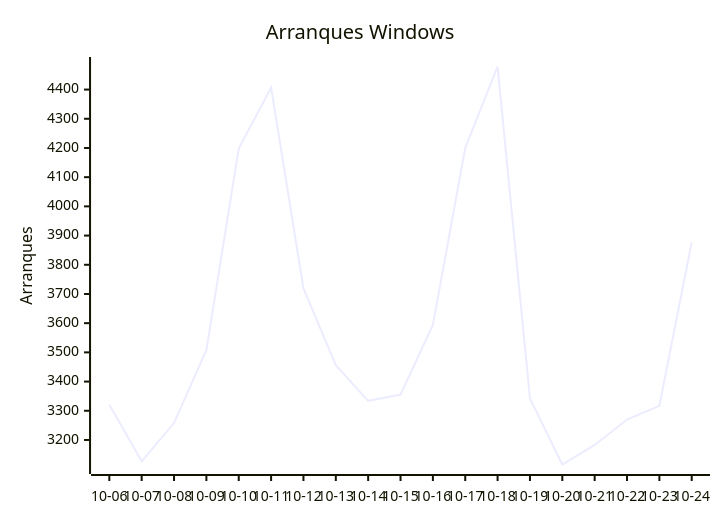
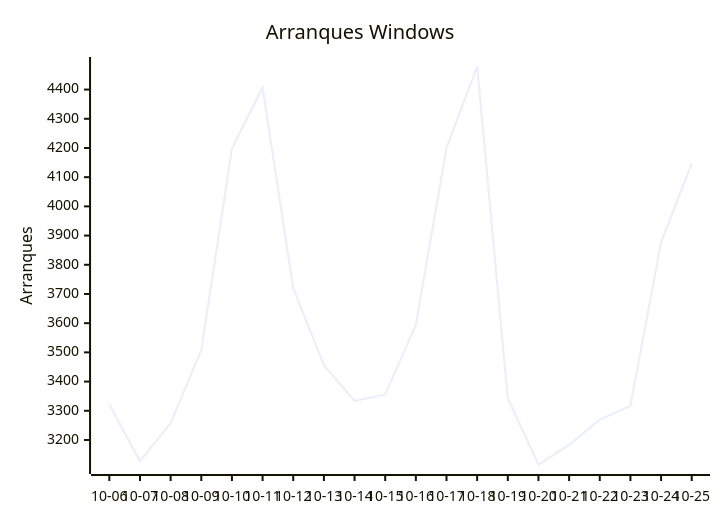
The third of 9 diagrams in README.md (EmuDeck/stats), drawn with Mermaid before and after one commit. The commit also changed other lines of this file and 2 other files, not shown here.

````diff
--- a/README.md
+++ b/README.md
@@ -34,7 +34,7 @@
 ```mermaid
 xychart-beta
     title "Arranques Windows"
-    x-axis ["10-06", "10-07", "10-08", "10-09", "10-10", "10-11", "10-12", "10-13", "10-14", "10-15", "10-16", "10-17", "10-18", "10-19", "10-20", "10-21", "10-22", "10-23", "10-24"]
+    x-axis ["10-06", "10-07", "10-08", "10-09", "10-10", "10-11", "10-12", "10-13", "10-14", "10-15", "10-16", "10-17", "10-18", "10-19", "10-20", "10-21", "10-22", "10-23", "10-24", "10-25"]
     y-axis "Arranques"
-    line [3321, 3127, 3258, 3508, 4198, 4407, 3719, 3456, 3334, 3355, 3594, 4200, 4479, 3342, 3116, 3183, 3270, 3317, 3877]
+    line [3321, 3127, 3258, 3508, 4198, 4407, 3719, 3456, 3334, 3355, 3594, 4200, 4479, 3342, 3116, 3183, 3270, 3317, 3877, 4147]
 ```
````
